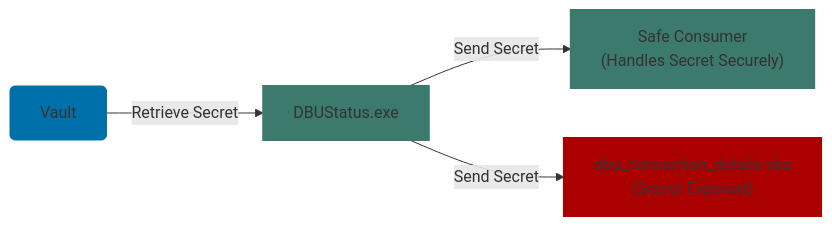
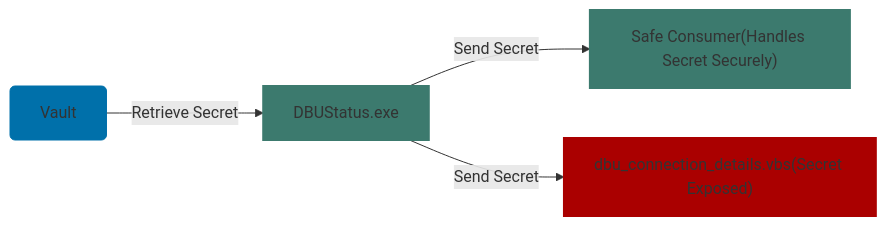
Before and after one commit to CorvraLabs/corvra-labs-jekyll: the diagram in _posts/2025-08-19-cve-2025-48709.md, drawn with Mermaid.

````diff
--- a/_posts/2025-08-19-cve-2025-48709.md
+++ b/_posts/2025-08-19-cve-2025-48709.md
@@ -73,18 +73,18 @@
 ```mermaid
 flowchart LR
     vault["Vault"]:::cyl
     retriever["DBUStatus.exe"]
-    safe_consumer["Safe Consumer<br>(Handles Secret Securely)"]
-    leaky_consumer["dbu_connection_details.vbs<br>(Secret Exposed)"]
+    safe_consumer["Safe Consumer(Handles Secret Securely)"]
+    leaky_consumer["dbu_connection_details.vbs(Secret Exposed)"]
 
     vault -->|Retrieve Secret| retriever
     retriever -->|Send Secret| safe_consumer
     retriever -->|Send Secret| leaky_consumer
 
     classDef leaky fill:#a00,stroke:#a00,stroke-width:2px;
     class leaky_consumer leaky;
     classDef cyl fill:#0070aa,stroke:#0070aa,stroke-width:1px,rx:5px,ry:5px;
     classDef normal fill:#3C7A6E,stroke:#3C7A6E,stroke-width:2px;
     class retriever normal;
     class safe_consumer normal;
 ```
````
